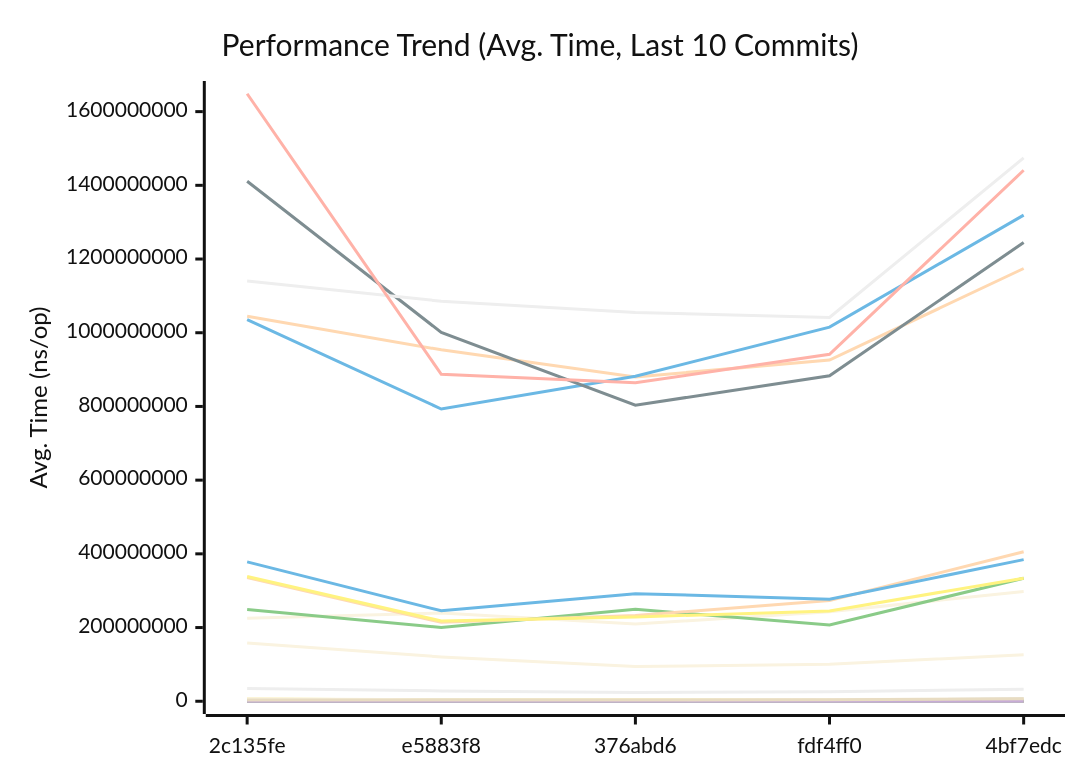
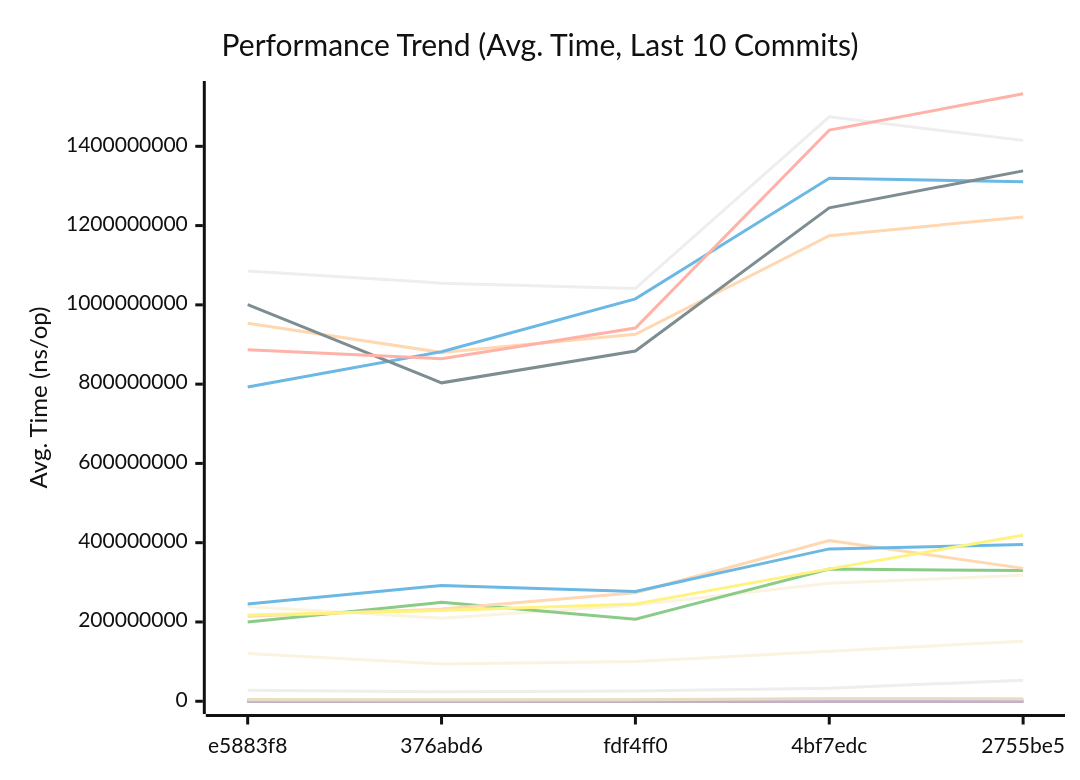
The first of 3 diagrams in docs/PERFORMANCE.md (alsotoes/momo), drawn with Mermaid (neutral theme) before and after one commit. The commit also changed other lines of this file and 2 other files, not shown here.

````diff
--- a/docs/PERFORMANCE.md
+++ b/docs/PERFORMANCE.md
@@ -259,44 +260,44 @@
 ```mermaid
 xychart-beta
     title "Performance Trend (Avg. Time, Last 10 Commits)"
     x-axis "Commit"
     y-axis "Avg. Time (ns/op)"
-    x-axis [2c135fe,e5883f8,376abd6,fdf4ff0,4bf7edc]
-    line "AWSChunkedReaderSigned" [758672,413086,397685,535625,618041,521824,584439,539275,522839,619200]
-    line "AWSChunkedReaderUnsigned" [672192,414070,405982,479460,573661,451522,611665,550355,604498,664009]
-    line "CheckMetricsAndSwap" [15,8,7,10,10,17,10,11,10,10]
-    line "CrushOptimized" [348,300,328,320,458,539,432,471,405,485]
-    line "CrushOriginal" [500,425,443,407,633,730,712,650,699,646]
-    line "FormatListObjectsV2XML_AppendFormat" [915187,583023,566690,627648,848928,1046717,799795,1039816,911991,1056478]
-    line "FormatListObjectsV2XML_OldFormat" [678624,365879,366636,408457,535755,745142,464905,458449,554255,545961]
-    line "HashBytes/1MiB" [3553145,3949669,3443981,3592333,5110585,4751175,5064237,4383380,5547571,5240058]
-    line "HashBytes/256MiB" [1044551719,953557308,880098861,925707610,1174333367,1221858506,1419279092,1145420213,1150583944,1206314796]
-    line "HashBytes/64MiB" [225326458,239330627,209418782,242948441,297766074,317593619,355000134,315394868,341933076,357748084]
-    line "HashFile/1MiB" [4389479,3364281,3842035,3350950,4950193,5129547,5747827,5999828,5183292,5520031]
-    line "HashFile/256MiB" [1035601414,793044431,881918242,1015211606,1319192441,1310601572,1273023822,1457159370,1166573869,1388569817]
-    line "HashFile/64MiB" [248823362,200009250,249484580,207167851,333549904,329592825,282613785,330397537,289173153,345945889]
-    line "IndexDirectTracking" [1,0,0,0,1,1,0,0,1,1]
-    line "IndexSearch" [3,2,2,2,2,5,4,3,3,4]
-    line "LastModifiedHeader_AppendFormat" [327,200,185,228,286,252,340,415,345,364]
-    line "LastModifiedHeader_Format" [540,279,262,285,385,350,398,514,394,431]
-    line "LoadGlobalConfig" [10458,9205,9952,8921,13356,14511,16366,13776,15095,13488]
-    line "LocalWrite/1MiB" [817681,719361,445767,431598,526423,795470,552166,778898,525512,577002]
-    line "LocalWrite/256MiB" [158044809,120298309,94142106,100079806,126435842,151118283,121284509,138380852,128601282,128702495]
-    line "LocalWrite/64MiB" [34833751,27951923,24072639,25874779,32839259,53059327,32531111,36029215,35542782,33119476]
-    line "PadString" [58,41,57,53,71,49,70,69,64,70]
+    x-axis [e5883f8,376abd6,fdf4ff0,4bf7edc,2755be5]
+    line "AWSChunkedReaderSigned" [413086,397685,535625,618041,521824,584439,539275,522839,619200,756300]
+    line "AWSChunkedReaderUnsigned" [414070,405982,479460,573661,451522,611665,550355,604498,664009,703433]
+    line "CheckMetricsAndSwap" [8,7,10,10,17,10,11,10,10,12]
+    line "CrushOptimized" [300,328,320,458,539,432,471,405,485,513]
+    line "CrushOriginal" [425,443,407,633,730,712,650,699,646,673]
+    line "FormatListObjectsV2XML_AppendFormat" [583023,566690,627648,848928,1046717,799795,1039816,911991,1056478,1286421]
+    line "FormatListObjectsV2XML_OldFormat" [365879,366636,408457,535755,745142,464905,458449,554255,545961,720703]
+    line "HashBytes/1MiB" [3949669,3443981,3592333,5110585,4751175,5064237,4383380,5547571,5240058,5525510]
+    line "HashBytes/256MiB" [953557308,880098861,925707610,1174333367,1221858506,1419279092,1145420213,1150583944,1206314796,1415065243]
+    line "HashBytes/64MiB" [239330627,209418782,242948441,297766074,317593619,355000134,315394868,341933076,357748084,272405322]
+    line "HashFile/1MiB" [3364281,3842035,3350950,4950193,5129547,5747827,5999828,5183292,5520031,4909353]
+    line "HashFile/256MiB" [793044431,881918242,1015211606,1319192441,1310601572,1273023822,1457159370,1166573869,1388569817,1761951053]
+    line "HashFile/64MiB" [200009250,249484580,207167851,333549904,329592825,282613785,330397537,289173153,345945889,348425613]
+    line "IndexDirectTracking" [0,0,0,1,1,0,0,1,1,1]
+    line "IndexSearch" [2,2,2,2,5,4,3,3,4,4]
+    line "LastModifiedHeader_AppendFormat" [200,185,228,286,252,340,415,345,364,441]
+    line "LastModifiedHeader_Format" [279,262,285,385,350,398,514,394,431,520]
+    line "LoadGlobalConfig" [9205,9952,8921,13356,14511,16366,13776,15095,13488,14097]
+    line "LocalWrite/1MiB" [719361,445767,431598,526423,795470,552166,778898,525512,577002,644852]
+    line "LocalWrite/256MiB" [120298309,94142106,100079806,126435842,151118283,121284509,138380852,128601282,128702495,161190175]
+    line "LocalWrite/64MiB" [27951923,24072639,25874779,32839259,53059327,32531111,36029215,35542782,33119476,44891953]
+    line "PadString" [41,57,53,71,49,70,69,64,70,76]
     line "ParseReplicationOrder_NoPrealloc" [350,349,357,354,345,225,229,165,232,234]
     line "ParseReplicationOrder_Prealloc" [229,231,237,234,229,108,107,80,110,109]
-    line "Placement" [5825,4876,5168,4621,6718,8505,7344,6922,7453,7406]
-    line "PlacementDomainSpread" [6405,5139,5453,5023,6553,8563,7236,7465,7811,7868]
-    line "ReadVerify/1MiB" [6081724,3136229,3798416,3596845,4460850,5088522,3970325,4753309,4723356,4600918]
-    line "ReadVerify/256MiB" [1411104961,1000738329,803259188,883417974,1244837167,1337973310,1152182050,1249327431,1431247520,1374887457]
-    line "ReadVerify/64MiB" [335838061,214326196,232435503,273582930,405518693,335223998,288365836,309264832,334268234,343492740]
-    line "S3PutSpool/1MiB" [6562486,3791252,4349655,4494504,5795780,6486611,5066289,6659391,6179992,6697030]
-    line "S3PutSpool/256MiB" [1140637754,1085496919,1054828608,1041459785,1474423367,1414994967,1327631659,1627622695,1567298391,1766547568]
-    line "S3PutSpool/64MiB" [378241377,245496530,292024160,277039985,384356699,395378107,282251478,366146558,388891982,382189999]
-    line "SanitizeLog/Safe" [286,227,233,295,361,256,386,270,283,316]
-    line "SanitizeLog/Unsafe" [1495,681,684,922,1091,801,1163,1016,1039,1170]
-    line "TrustedRead/1MiB" [3669866,3527534,3390683,4063744,6459603,5688219,4848751,4607932,6032847,6124228]
-    line "TrustedRead/256MiB" [1648511504,887056660,864337055,941546678,1440831398,1532603475,1223453299,1410403058,1131933188,1326976357]
-    line "TrustedRead/64MiB" [338500502,217741152,228835469,245169178,333995810,418960245,336501521,296487000,387555406,411444369]
+    line "Placement" [4876,5168,4621,6718,8505,7344,6922,7453,7406,7040]
+    line "PlacementDomainSpread" [5139,5453,5023,6553,8563,7236,7465,7811,7868,7303]
+    line "ReadVerify/1MiB" [3136229,3798416,3596845,4460850,5088522,3970325,4753309,4723356,4600918,6614208]
+    line "ReadVerify/256MiB" [1000738329,803259188,883417974,1244837167,1337973310,1152182050,1249327431,1431247520,1374887457,1179131329]
+    line "ReadVerify/64MiB" [214326196,232435503,273582930,405518693,335223998,288365836,309264832,334268234,343492740,297878657]
+    line "S3PutSpool/1MiB" [3791252,4349655,4494504,5795780,6486611,5066289,6659391,6179992,6697030,5335678]
+    line "S3PutSpool/256MiB" [1085496919,1054828608,1041459785,1474423367,1414994967,1327631659,1627622695,1567298391,1766547568,1781197744]
+    line "S3PutSpool/64MiB" [245496530,292024160,277039985,384356699,395378107,282251478,366146558,388891982,382189999,404192768]
+    line "SanitizeLog/Safe" [227,233,295,361,256,386,270,283,316,423]
+    line "SanitizeLog/Unsafe" [681,684,922,1091,801,1163,1016,1039,1170,1356]
+    line "TrustedRead/1MiB" [3527534,3390683,4063744,6459603,5688219,4848751,4607932,6032847,6124228,5111302]
+    line "TrustedRead/256MiB" [887056660,864337055,941546678,1440831398,1532603475,1223453299,1410403058,1131933188,1326976357,1259207320]
+    line "TrustedRead/64MiB" [217741152,228835469,245169178,333995810,418960245,336501521,296487000,387555406,411444369,337664579]
 ```
````
